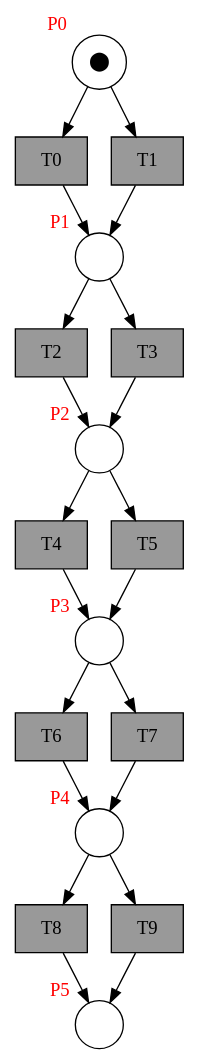
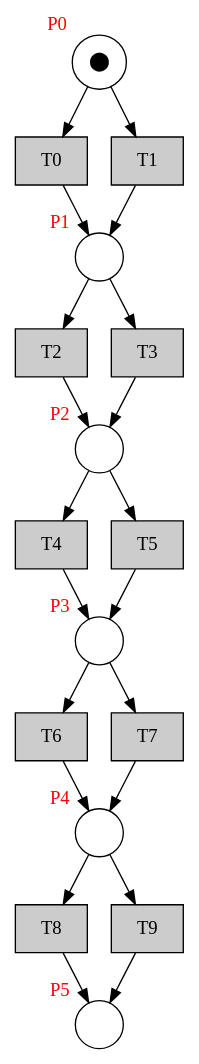
The diagram in examples/kishinevsky_taubin/kishinevsky_taubin_net.dot (giannkas/ecofolder), drawn with Graphviz before and after one commit. The commit also changed 30 other files, not shown here.

```diff
--- a/examples/kishinevsky_taubin/kishinevsky_taubin_net.dot
+++ b/examples/kishinevsky_taubin/kishinevsky_taubin_net.dot
@@ -1,38 +1,38 @@
 digraph test {
   t1 -> p2;
   t2 -> p2;
   t3 -> p3;
   t4 -> p3;
   t5 -> p4;
   t6 -> p4;
   t7 -> p5;
   t8 -> p5;
   t9 -> p6;
   t10 -> p6;
   p1 -> t1;
   p1 -> t2;
   p2 -> t3;
   p2 -> t4;
   p3 -> t5;
   p3 -> t6;
   p4 -> t7;
   p4 -> t8;
   p5 -> t9;
   p5 -> t10;
   p1 [label=⬤ xlabel= <<FONT COLOR="red">P0</FONT>> shape=circle ];
   p2 [label="" xlabel= <<FONT COLOR="red">P1</FONT>> shape=circle ];
   p3 [label="" xlabel= <<FONT COLOR="red">P2</FONT>> shape=circle ];
   p4 [label="" xlabel= <<FONT COLOR="red">P3</FONT>> shape=circle ];
   p5 [label="" xlabel= <<FONT COLOR="red">P4</FONT>> shape=circle ];
   p6 [label="" xlabel= <<FONT COLOR="red">P5</FONT>> shape=circle ];
-  t1 [fillcolor=gray60 label=T0 shape=box style=filled];
-  t2 [fillcolor=gray60 label=T1 shape=box style=filled];
-  t3 [fillcolor=gray60 label=T2 shape=box style=filled];
-  t4 [fillcolor=gray60 label=T3 shape=box style=filled];
-  t5 [fillcolor=gray60 label=T4 shape=box style=filled];
-  t6 [fillcolor=gray60 label=T5 shape=box style=filled];
-  t7 [fillcolor=gray60 label=T6 shape=box style=filled];
-  t8 [fillcolor=gray60 label=T7 shape=box style=filled];
-  t9 [fillcolor=gray60 label=T8 shape=box style=filled];
-  t10 [fillcolor=gray60 label=T9 shape=box style=filled];
+  t1 [fillcolor="#cccccc" label="T0" shape=box style=filled];
+  t2 [fillcolor="#cccccc" label="T1" shape=box style=filled];
+  t3 [fillcolor="#cccccc" label="T2" shape=box style=filled];
+  t4 [fillcolor="#cccccc" label="T3" shape=box style=filled];
+  t5 [fillcolor="#cccccc" label="T4" shape=box style=filled];
+  t6 [fillcolor="#cccccc" label="T5" shape=box style=filled];
+  t7 [fillcolor="#cccccc" label="T6" shape=box style=filled];
+  t8 [fillcolor="#cccccc" label="T7" shape=box style=filled];
+  t9 [fillcolor="#cccccc" label="T8" shape=box style=filled];
+  t10 [fillcolor="#cccccc" label="T9" shape=box style=filled];
 }
```
